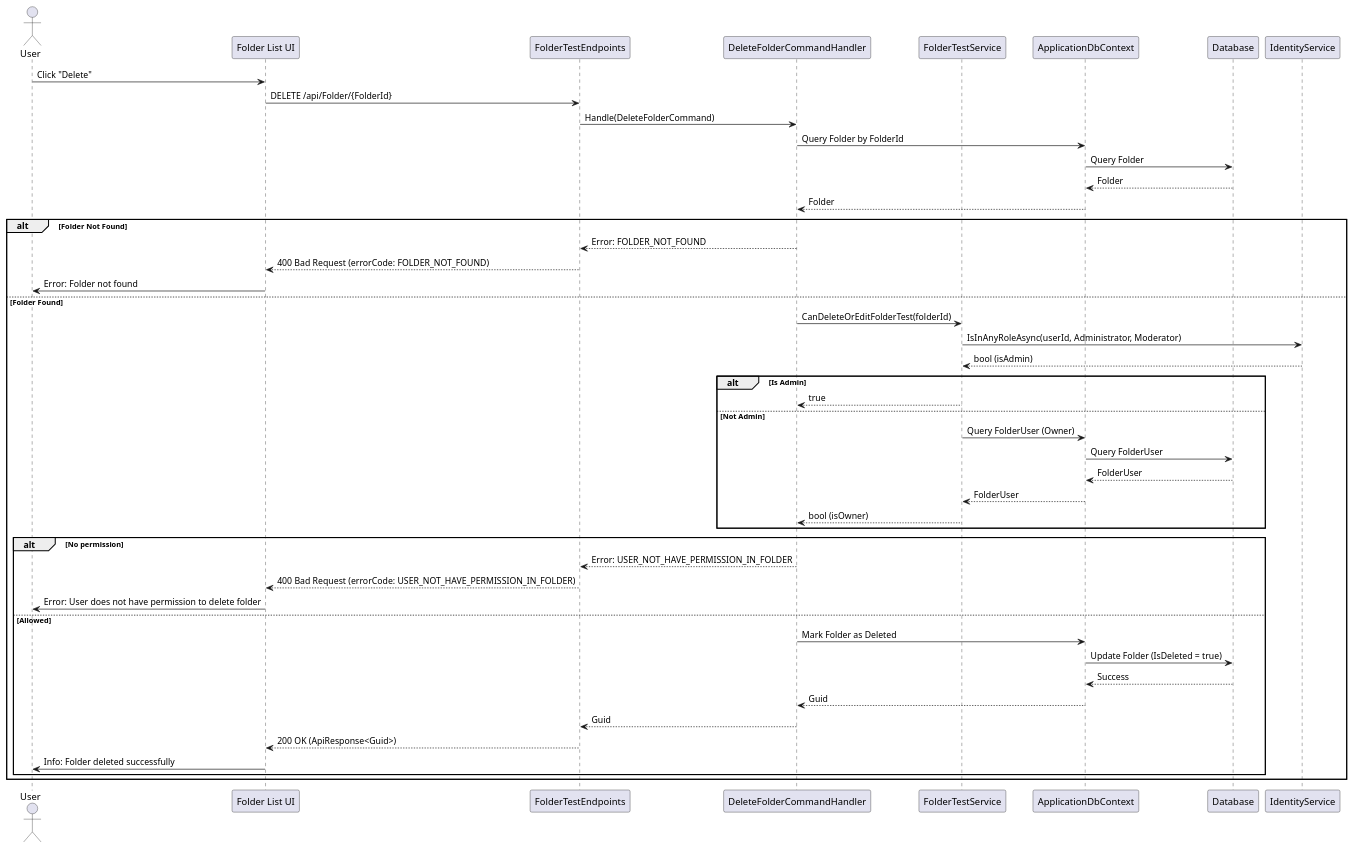
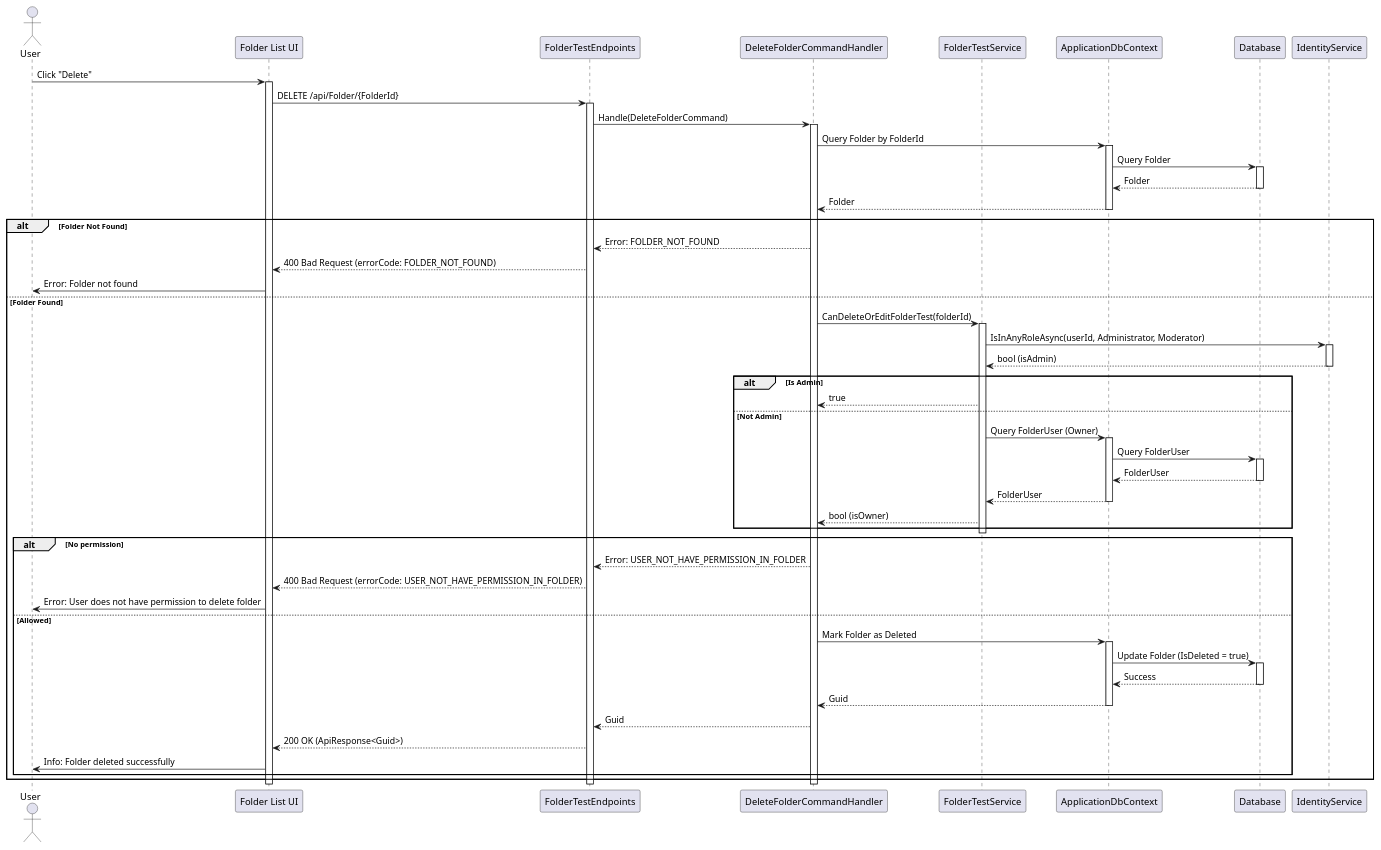
Before and after one commit to thanhkhac/SEP_Diagram: the diagram in FolderTest/Sequence/DeleteFolderCommand.puml, drawn with PlantUML. The commit also changed 52 other files, not shown here.

Commit message:
Add UI activation/deactivation to sequence diagrams

```diff
--- a/FolderTest/Sequence/DeleteFolderCommand.puml
+++ b/FolderTest/Sequence/DeleteFolderCommand.puml
@@ -1,49 +1,71 @@
 @startuml
 actor User
 participant "Folder List UI" as UI
 participant FolderTestEndpoints
 participant DeleteFolderCommandHandler as Handler
 participant FolderTestService
 participant ApplicationDbContext
 participant Database
 participant IdentityService
 
 User -> UI : Click "Delete"
+activate UI
 UI -> FolderTestEndpoints : DELETE /api/Folder/{FolderId}
+activate FolderTestEndpoints
 FolderTestEndpoints -> Handler : Handle(DeleteFolderCommand)
+activate Handler
 Handler -> ApplicationDbContext : Query Folder by FolderId
+activate ApplicationDbContext
 ApplicationDbContext -> Database : Query Folder
+activate Database
 Database --> ApplicationDbContext : Folder
+deactivate Database
 ApplicationDbContext --> Handler : Folder
+deactivate ApplicationDbContext
 alt Folder Not Found
     Handler --> FolderTestEndpoints : Error: FOLDER_NOT_FOUND
     FolderTestEndpoints --> UI : 400 Bad Request (errorCode: FOLDER_NOT_FOUND)
     UI -> User : Error: Folder not found
 else Folder Found
     Handler -> FolderTestService : CanDeleteOrEditFolderTest(folderId)
+    activate FolderTestService
     FolderTestService -> IdentityService : IsInAnyRoleAsync(userId, Administrator, Moderator)
+    activate IdentityService
     IdentityService --> FolderTestService : bool (isAdmin)
+    deactivate IdentityService
     alt Is Admin
         FolderTestService --> Handler : true
     else Not Admin
         FolderTestService -> ApplicationDbContext : Query FolderUser (Owner)
+        activate ApplicationDbContext
         ApplicationDbContext -> Database : Query FolderUser
+        activate Database
         Database --> ApplicationDbContext : FolderUser
+        deactivate Database
         ApplicationDbContext --> FolderTestService : FolderUser
+        deactivate ApplicationDbContext
         FolderTestService --> Handler : bool (isOwner)
     end
+    deactivate FolderTestService
     alt No permission
         Handler --> FolderTestEndpoints : Error: USER_NOT_HAVE_PERMISSION_IN_FOLDER
         FolderTestEndpoints --> UI : 400 Bad Request (errorCode: USER_NOT_HAVE_PERMISSION_IN_FOLDER)
         UI -> User : Error: User does not have permission to delete folder
     else Allowed
         Handler -> ApplicationDbContext : Mark Folder as Deleted
+        activate ApplicationDbContext
         ApplicationDbContext -> Database : Update Folder (IsDeleted = true)
+        activate Database
         Database --> ApplicationDbContext : Success
+        deactivate Database
         ApplicationDbContext --> Handler : Guid
+        deactivate ApplicationDbContext
         Handler --> FolderTestEndpoints : Guid
         FolderTestEndpoints --> UI : 200 OK (ApiResponse<Guid>)
         UI -> User : Info: Folder deleted successfully
     end
 end
+deactivate Handler
+deactivate FolderTestEndpoints
+deactivate UI
 @enduml
```
